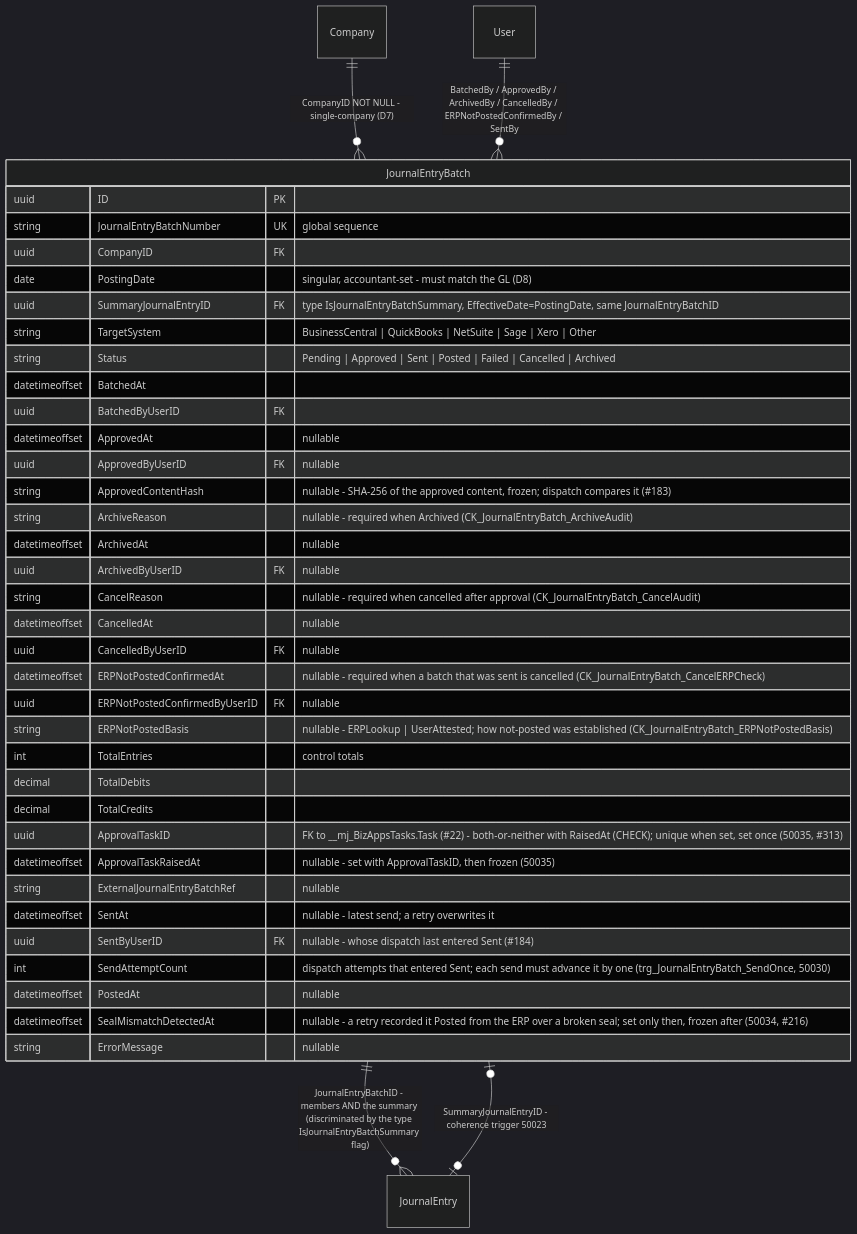
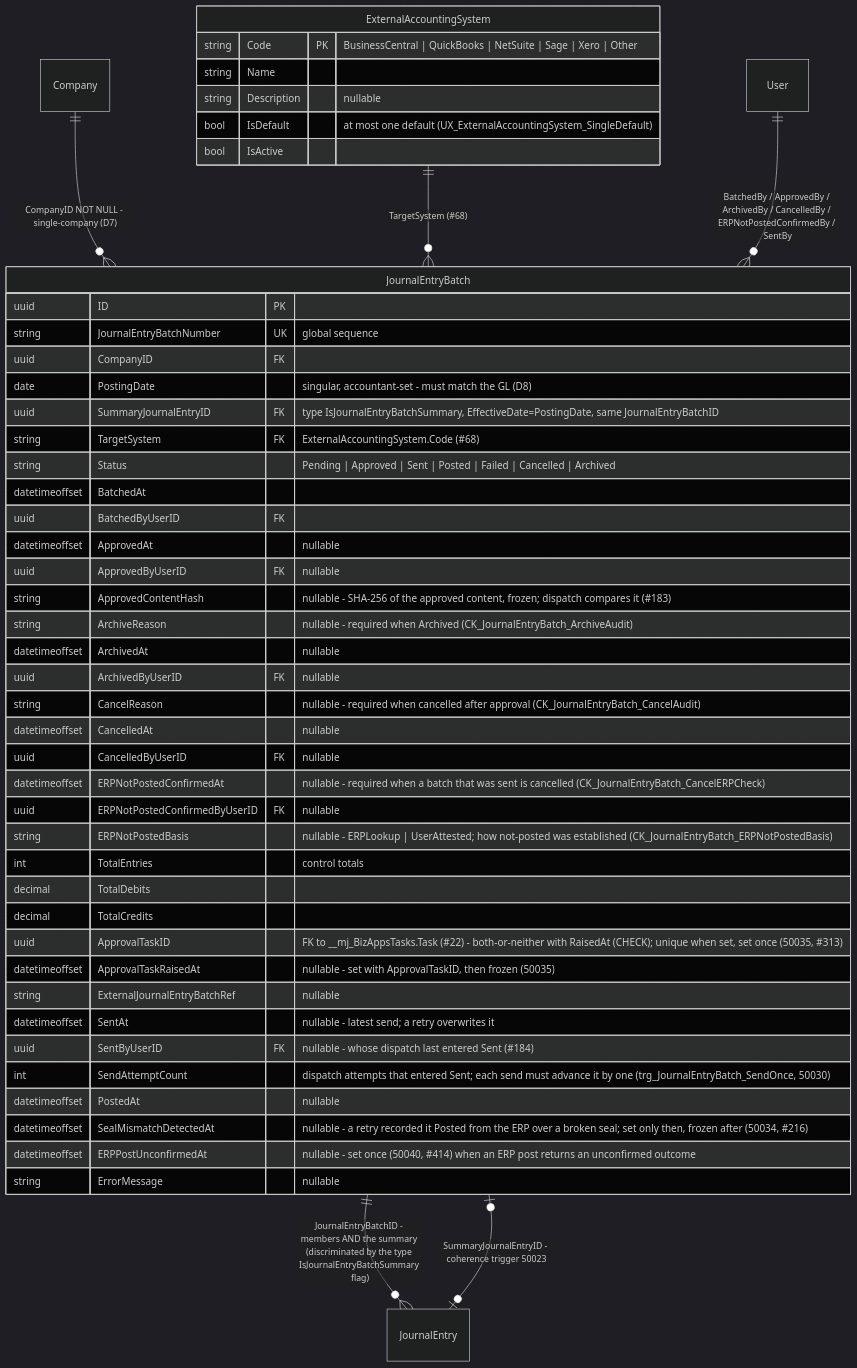
Before and after one commit to MemberJunction/bizapps-accounting: the eighth of 14 diagrams in docs/bizapps-accounting-erd.md, drawn with Mermaid (dark theme). The commit also changed other lines of this file and 102 other files, not shown here.

Commit message:
feat(accounting): post-go-live hardening, ERP sync/posting safety, batch & lookup schema

````diff
--- a/docs/bizapps-accounting-erd.md
+++ b/docs/bizapps-accounting-erd.md
@@ -843,43 +870,52 @@
 ```mermaid
 erDiagram
     Company ||--o{ JournalEntryBatch : "CompanyID NOT NULL - single-company (D7)"
+    ExternalAccountingSystem ||--o{ JournalEntryBatch : "TargetSystem (#68)"
     JournalEntryBatch ||--o{ JournalEntry : "JournalEntryBatchID - members AND the summary (discriminated by the type IsJournalEntryBatchSummary flag)"
     JournalEntryBatch |o--o| JournalEntry : "SummaryJournalEntryID - coherence trigger 50023"
     User ||--o{ JournalEntryBatch : "BatchedBy / ApprovedBy / ArchivedBy / CancelledBy / ERPNotPostedConfirmedBy / SentBy"
 
+    ExternalAccountingSystem {
+        string Code PK "BusinessCentral | QuickBooks | NetSuite | Sage | Xero | Other"
+        string Name
+        string Description "nullable"
+        bool IsDefault "at most one default (UX_ExternalAccountingSystem_SingleDefault)"
+        bool IsActive
+    }
     JournalEntryBatch {
         uuid ID PK
         string JournalEntryBatchNumber UK "global sequence"
         uuid CompanyID FK
         date PostingDate "singular, accountant-set - must match the GL (D8)"
         uuid SummaryJournalEntryID FK "type IsJournalEntryBatchSummary, EffectiveDate=PostingDate, same JournalEntryBatchID"
-        string TargetSystem "BusinessCentral | QuickBooks | NetSuite | Sage | Xero | Other"
+        string TargetSystem FK "ExternalAccountingSystem.Code (#68)"
         string Status "Pending | Approved | Sent | Posted | Failed | Cancelled | Archived"
         datetimeoffset BatchedAt
         uuid BatchedByUserID FK
         datetimeoffset ApprovedAt "nullable"
         uuid ApprovedByUserID FK "nullable"
         string ApprovedContentHash "nullable - SHA-256 of the approved content, frozen; dispatch compares it (#183)"
         string ArchiveReason "nullable - required when Archived (CK_JournalEntryBatch_ArchiveAudit)"
         datetimeoffset ArchivedAt "nullable"
         uuid ArchivedByUserID FK "nullable"
         string CancelReason "nullable - required when cancelled after approval (CK_JournalEntryBatch_CancelAudit)"
         datetimeoffset CancelledAt "nullable"
         uuid CancelledByUserID FK "nullable"
         datetimeoffset ERPNotPostedConfirmedAt "nullable - required when a batch that was sent is cancelled (CK_JournalEntryBatch_CancelERPCheck)"
         uuid ERPNotPostedConfirmedByUserID FK "nullable"
         string ERPNotPostedBasis "nullable - ERPLookup | UserAttested; how not-posted was established (CK_JournalEntryBatch_ERPNotPostedBasis)"
         int TotalEntries "control totals"
         decimal TotalDebits
         decimal TotalCredits
         uuid ApprovalTaskID "FK to __mj_BizAppsTasks.Task (#22) - both-or-neither with RaisedAt (CHECK); unique when set, set once (50035, #313)"
         datetimeoffset ApprovalTaskRaisedAt "nullable - set with ApprovalTaskID, then frozen (50035)"
         string ExternalJournalEntryBatchRef "nullable"
         datetimeoffset SentAt "nullable - latest send; a retry overwrites it"
         uuid SentByUserID FK "nullable - whose dispatch last entered Sent (#184)"
         int SendAttemptCount "dispatch attempts that entered Sent; each send must advance it by one (trg_JournalEntryBatch_SendOnce, 50030)"
         datetimeoffset PostedAt "nullable"
         datetimeoffset SealMismatchDetectedAt "nullable - a retry recorded it Posted from the ERP over a broken seal; set only then, frozen after (50034, #216)"
+        datetimeoffset ERPPostUnconfirmedAt "nullable - set once (50040, #414) when an ERP post returns an unconfirmed outcome"
         string ErrorMessage "nullable"
     }
 ```
````
